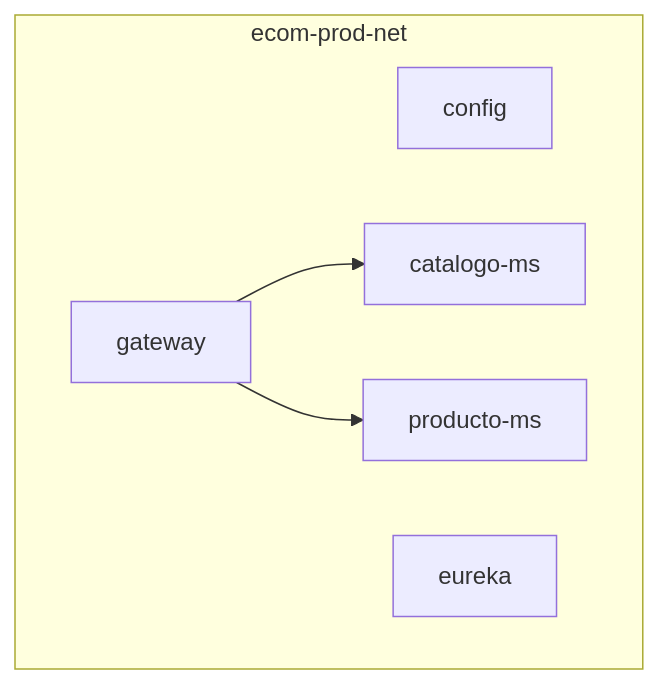
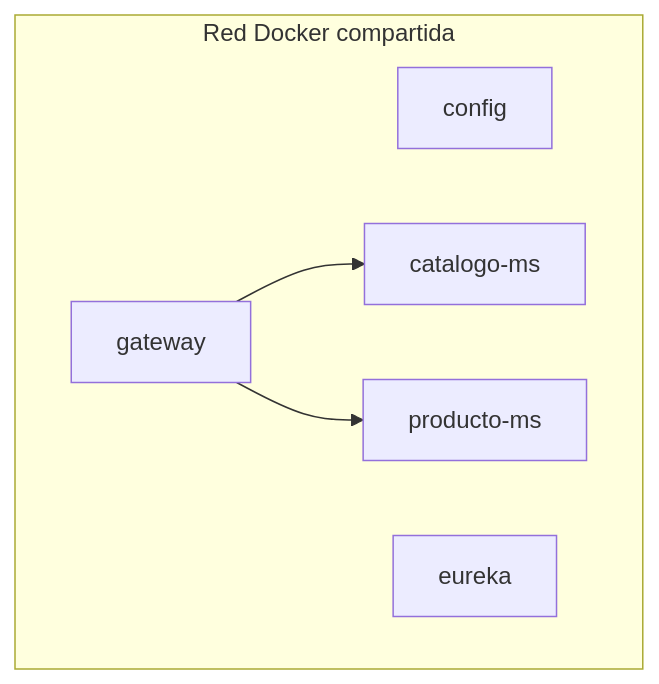
Before and after one commit to erickmijael17/SmartCampus-Marketplace: the second of 2 diagrams in docs/sesiones/s05-evaluacion-u1.md, drawn with Mermaid. The commit also changed 11 other files, not shown here.

````diff
--- a/docs/sesiones/s05-evaluacion-u1.md
+++ b/docs/sesiones/s05-evaluacion-u1.md
@@ -60,11 +60,11 @@
 ```mermaid
 flowchart TB
-    subgraph Net["ecom-prod-net"]
+    subgraph Net["Red Docker compartida"]
         CFG["config"]
         EU["eureka"]
         GW["gateway"]
         CAT["catalogo-ms"]
         PROD["producto-ms"]
     end
     GW --> CAT & PROD
 ```
````
